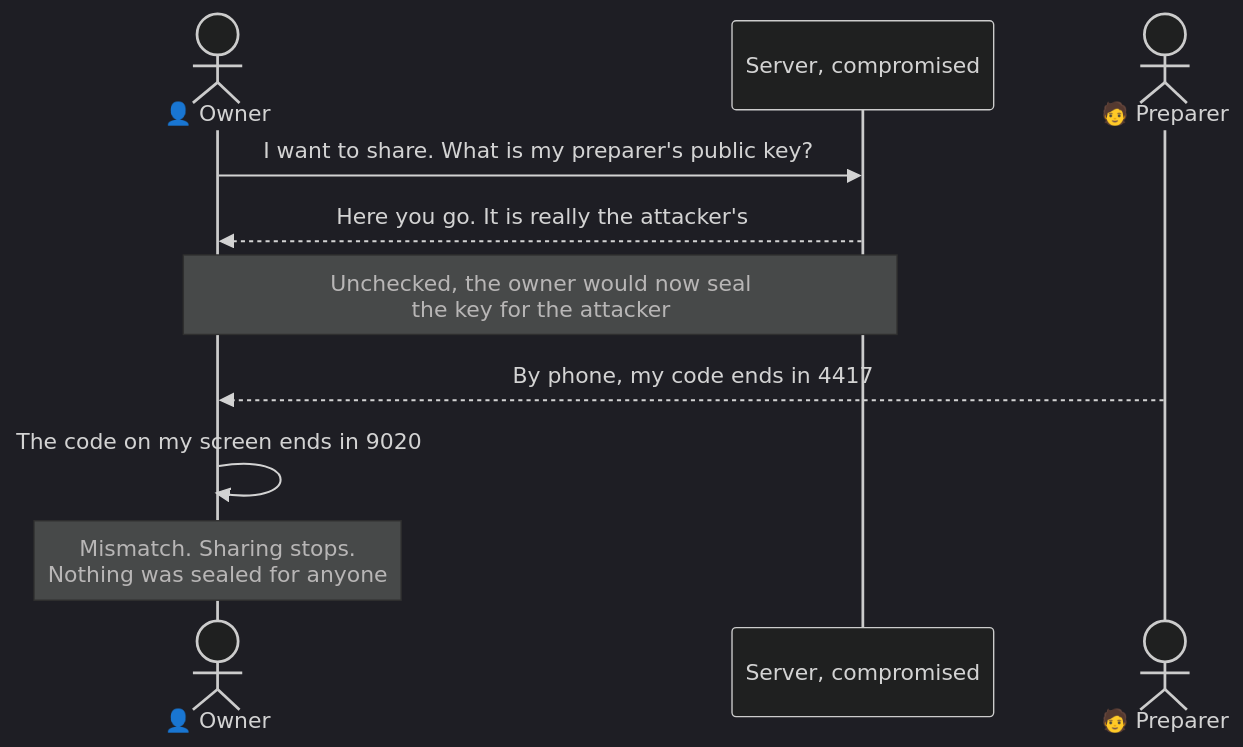
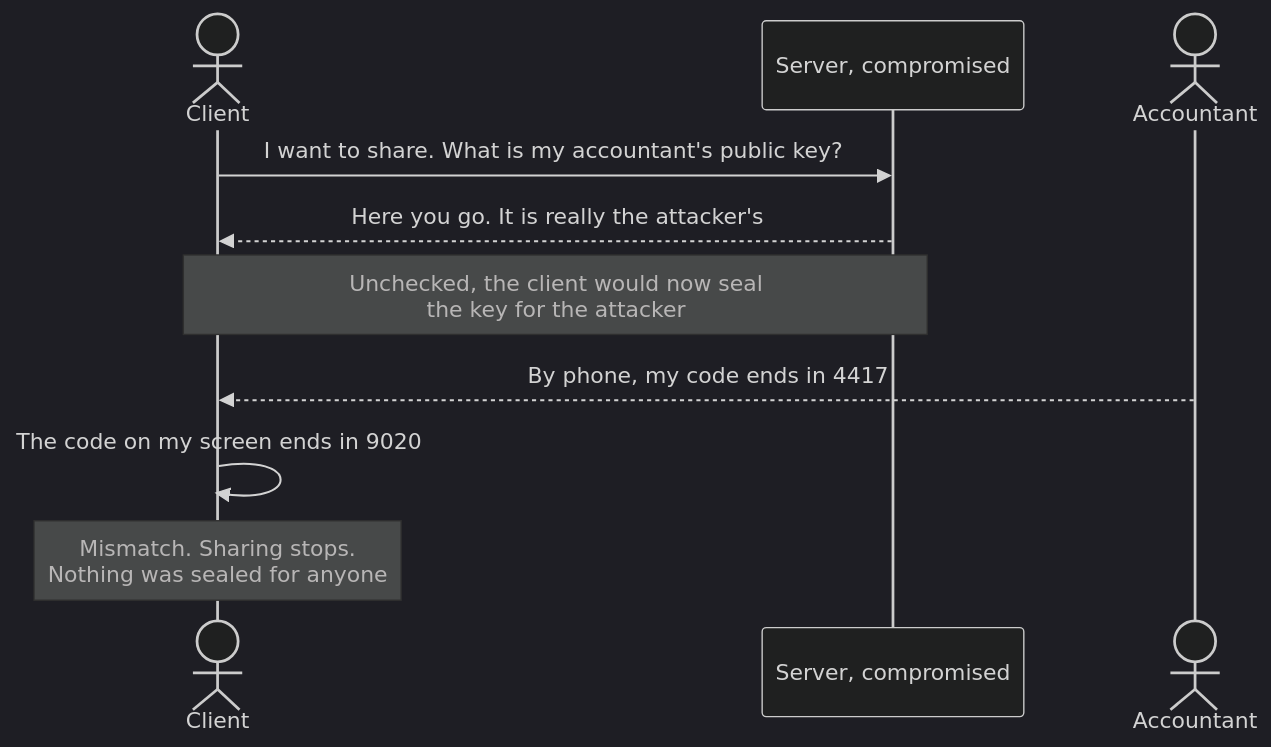
Before and after one commit to kigster/kigre-astro: diagram 12 of 16 in src/content/blog/2026-11-12--sharing-encrypted-documents-without-trusting-your-server.md, drawn with Mermaid (dark theme). The commit also changed other lines of this file and 4 other files, not shown here.

````diff
--- a/src/content/blog/2026-11-12--sharing-encrypted-documents-without-trusting-your-server.md
+++ b/src/content/blog/2026-11-12--sharing-encrypted-documents-without-trusting-your-server.md
@@ -427,12 +483,12 @@
 ```mermaid
 sequenceDiagram
-    actor O as 👤 Owner
+    actor O as Client
     participant S as Server, compromised
-    actor P as 🧑 Preparer
-    O->>S: I want to share. What is my preparer's public key?
+    actor P as Accountant
+    O->>S: I want to share. What is my accountant's public key?
     S-->>O: Here you go. It is really the attacker's
-    Note over O,S: Unchecked, the owner would now seal<br/>the key for the attacker
+    Note over O,S: Unchecked, the client would now seal<br/>the key for the attacker
     P-->>O: By phone, my code ends in 4417
     O->>O: The code on my screen ends in 9020
     Note over O: Mismatch. Sharing stops.<br/>Nothing was sealed for anyone
 ```
````
